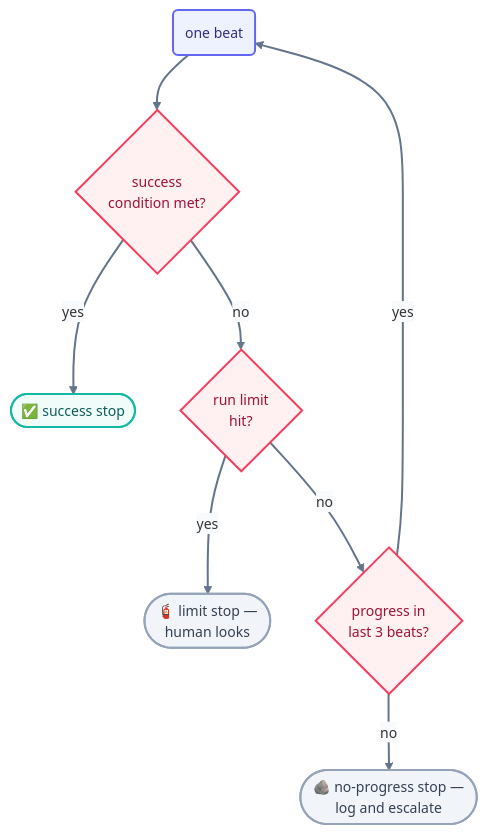
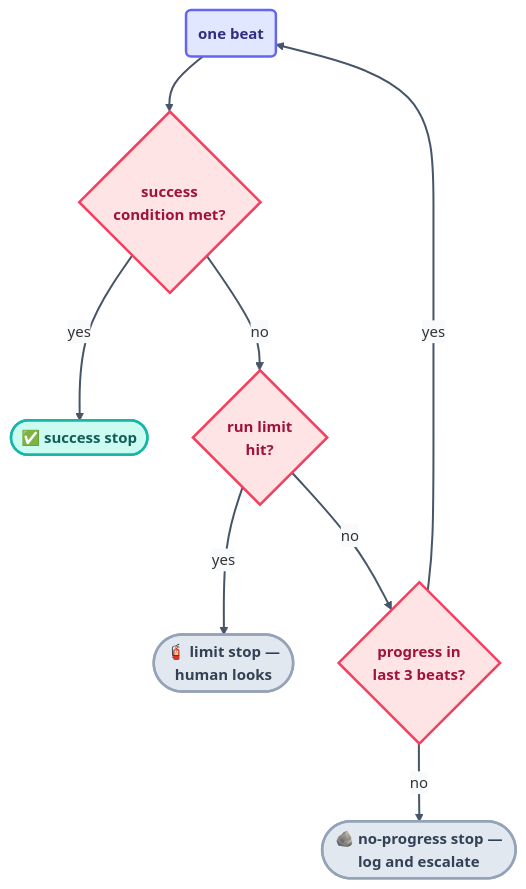
One commit to ayeshakhalid192007-dev/LoopEngineering-CrashCourse changed the diagram in docs/04-part-2-heartbeat/05-conditional-run-until-done.md. Above: the diagram before and after it, drawn with Mermaid. The commit also changed 66 other files, not shown here.

First line of the commit message:
docs(diagrams): visibly bolder pass — deeper fills, heavier strokes, semibold labels

````diff
--- a/docs/04-part-2-heartbeat/05-conditional-run-until-done.md
+++ b/docs/04-part-2-heartbeat/05-conditional-run-until-done.md
@@ -35,16 +35,16 @@
 ```mermaid
-%%{init: {'theme':'base','themeVariables':{'fontFamily':'ui-sans-serif, system-ui, sans-serif','fontSize':'14px','lineColor':'#64748b','edgeLabelBackground':'#f8fafc'},'flowchart':{'curve':'basis','nodeSpacing':45,'rankSpacing':55,'padding':12}}}%%
+%%{init: {'theme':'base','themeVariables':{'fontFamily':'ui-sans-serif, system-ui, sans-serif','fontSize':'15px','lineColor':'#475569','edgeLabelBackground':'#f8fafc'},'flowchart':{'curve':'basis','nodeSpacing':45,'rankSpacing':55,'padding':12}}}%%
 flowchart TD
     B("one beat"):::beat --> S{"success<br/>condition met?"}:::limit
     S -->|yes| W(["✅ success stop"]):::win
     S -->|no| L{"run limit<br/>hit?"}:::limit
     L -->|yes| LS(["🧯 limit stop —<br/>human looks"]):::stop
     L -->|no| P{"progress in<br/>last 3 beats?"}:::limit
     P -->|no| PS(["🪨 no-progress stop —<br/>log and escalate"]):::stop
     P -->|yes| B
-    linkStyle default stroke:#64748b,stroke-width:2px;
-    classDef beat fill:#eef2ff,stroke:#6366f1,stroke-width:2px,color:#312e81;
-    classDef limit fill:#fff1f2,stroke:#f43f5e,stroke-width:2px,color:#9f1239;
-    classDef win fill:#effcf9,stroke:#14b8a6,stroke-width:2px,color:#115e59;
-    classDef stop fill:#f1f5f9,stroke:#94a3b8,stroke-width:2px,color:#334155;
+    linkStyle default stroke:#475569,stroke-width:2px;
+    classDef beat fill:#e0e7ff,stroke:#6366f1,stroke-width:2.5px,color:#312e81,font-weight:600;
+    classDef limit fill:#ffe4e6,stroke:#f43f5e,stroke-width:2.5px,color:#9f1239,font-weight:600;
+    classDef win fill:#ccfbf1,stroke:#14b8a6,stroke-width:2.5px,color:#115e59,font-weight:600;
+    classDef stop fill:#e2e8f0,stroke:#94a3b8,stroke-width:2.5px,color:#334155,font-weight:600;
 ```
````
